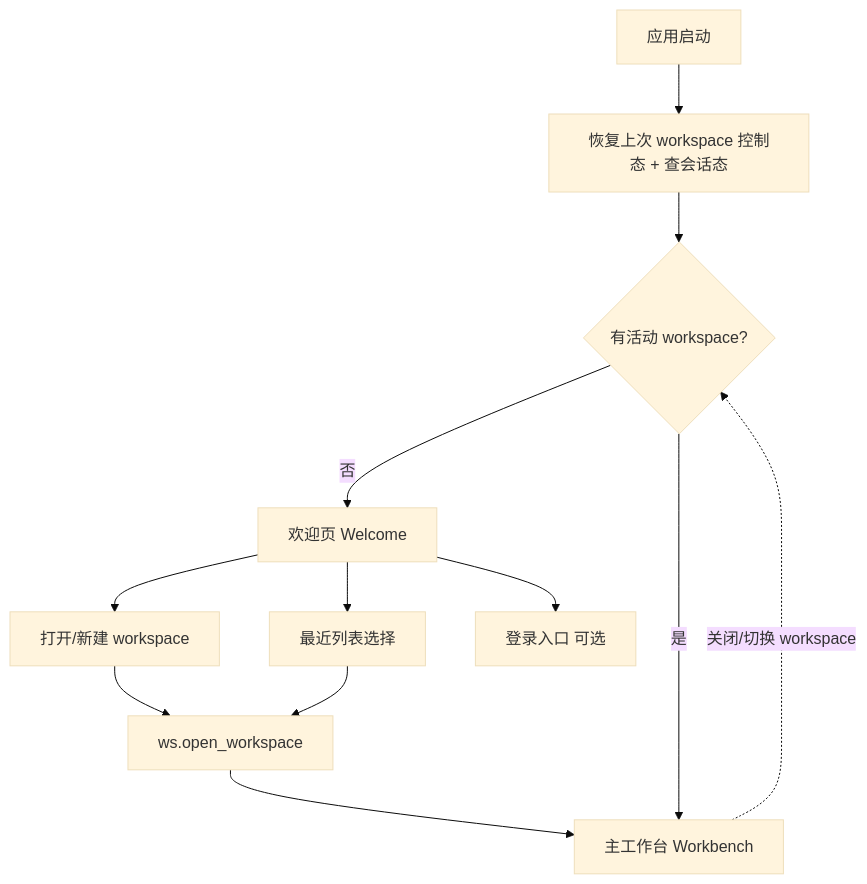
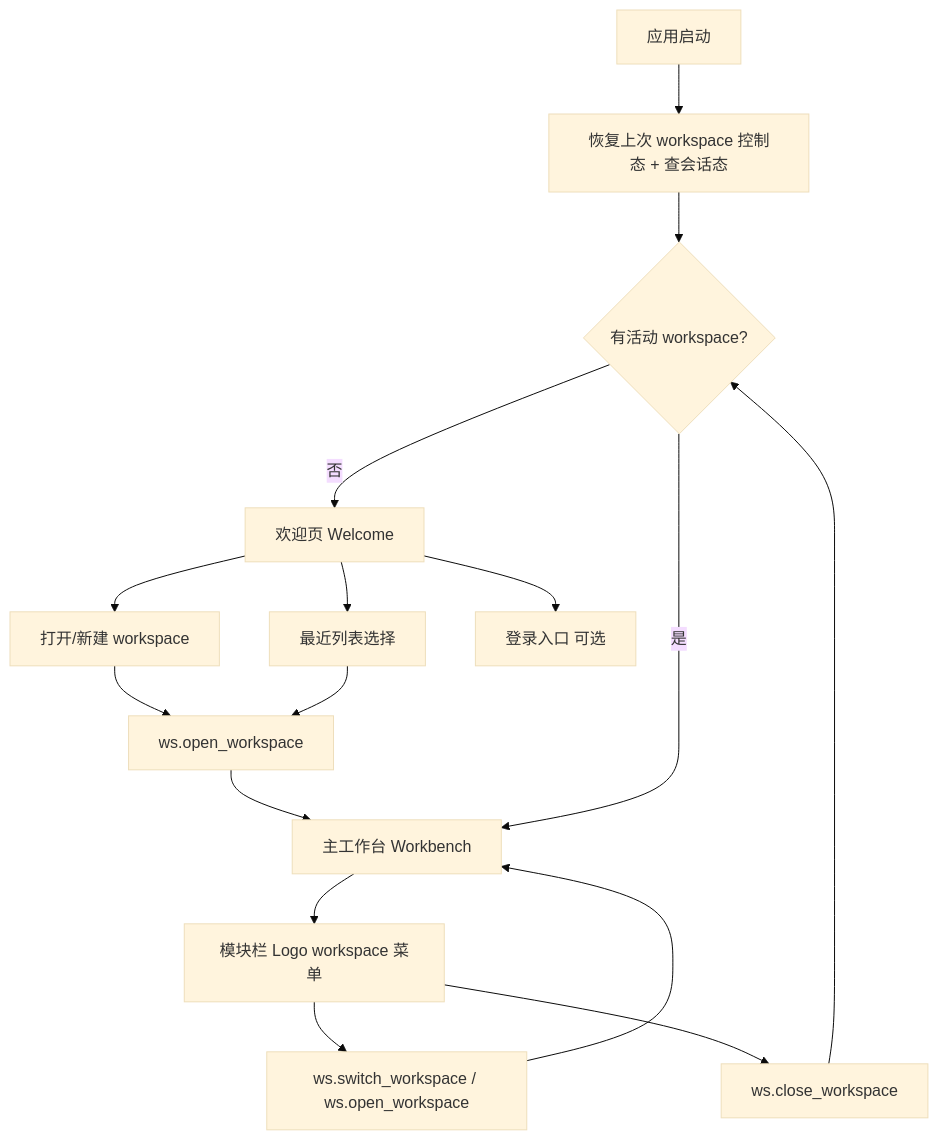
The first of 10 diagrams in docs/01_modules/SYS/A-SYS-C-T-02_前端交互架构与流程总图.md (adu-chen/binder-desktop), drawn with Mermaid (base theme) before and after one commit. The commit also changed other lines of this file and 142 other files, not shown here.

````diff
--- a/docs/01_modules/SYS/A-SYS-C-T-02_前端交互架构与流程总图.md
+++ b/docs/01_modules/SYS/A-SYS-C-T-02_前端交互架构与流程总图.md
@@ -114,14 +117,18 @@
 ```mermaid
 flowchart TD
   A[应用启动] --> B[恢复上次 workspace 控制态 + 查会话态]
   B --> C{有活动 workspace?}
   C -- 否 --> W[欢迎页 Welcome]
   W --> W1[打开/新建 workspace]
   W --> W2[最近列表选择]
   W --> W3[登录入口 可选]
   W1 --> O[ws.open_workspace]
   W2 --> O
   O --> WB[主工作台 Workbench]
   C -- 是 --> WB
-  WB -. 关闭/切换 workspace .-> C
+  WB --> LM[模块栏 Logo workspace 菜单]
+  LM --> S[ws.switch_workspace / ws.open_workspace]
+  LM --> CL[ws.close_workspace]
+  S --> WB
+  CL --> C
 ```
````
